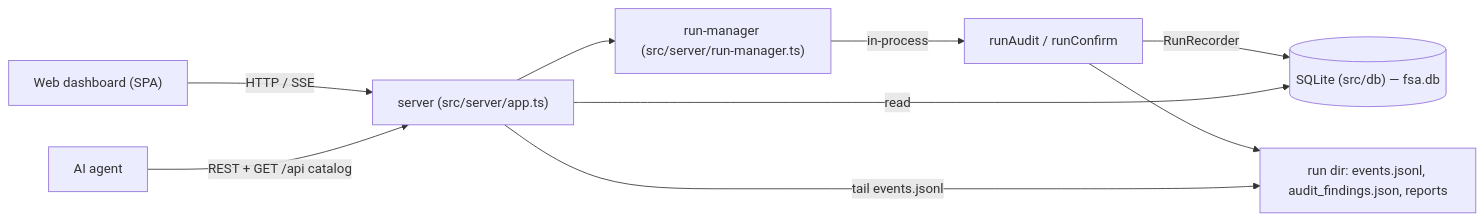
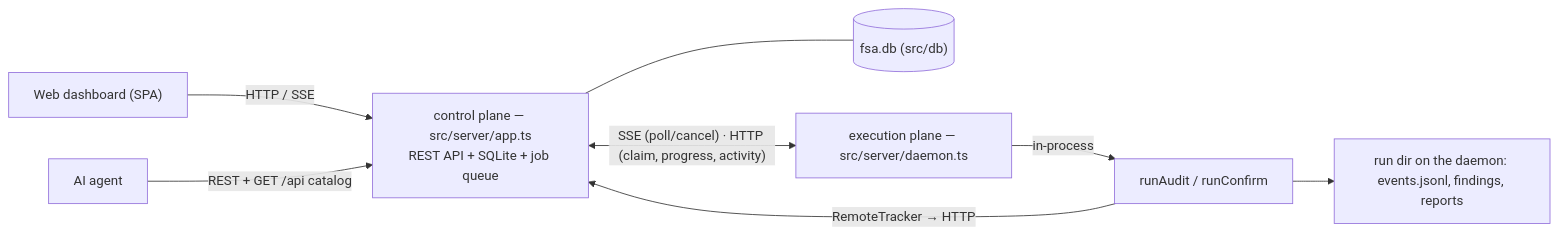
One commit to ljh740/flounder changed the second of 2 diagrams in docs/ARCHITECTURE.md. Above: the diagram before and after it, drawn with Mermaid. The commit also changed other lines of this file and 8 other files, not shown here.

````diff
--- a/docs/ARCHITECTURE.md
+++ b/docs/ARCHITECTURE.md
@@ -189,11 +189,10 @@
 ```mermaid
 flowchart LR
-  UI["Web dashboard (SPA)"] -->|HTTP / SSE| SRV["server (src/server/app.ts)"]
+  UI["Web dashboard (SPA)"] -->|HTTP / SSE| SRV["control plane — src/server/app.ts<br/>REST API + SQLite + job queue"]
   AGENT["AI agent"] -->|REST + GET /api catalog| SRV
-  SRV --> MGR["run-manager (src/server/run-manager.ts)"]
-  MGR -->|in-process| LIB["runAudit / runConfirm"]
-  LIB -->|RunRecorder| DB[("SQLite (src/db) — fsa.db")]
-  LIB --> FILES["run dir: events.jsonl, audit_findings.json, reports"]
-  SRV -->|read| DB
-  SRV -->|tail events.jsonl| FILES
+  SRV --- DB[("fsa.db (src/db)")]
+  SRV <-->|"SSE (poll/cancel) · HTTP (claim, progress, activity)"| DAE["execution plane — src/server/daemon.ts"]
+  DAE -->|in-process| LIB["runAudit / runConfirm"]
+  LIB -->|"RemoteTracker → HTTP"| SRV
+  LIB --> FILES["run dir on the daemon: events.jsonl, findings, reports"]
 ```
````
